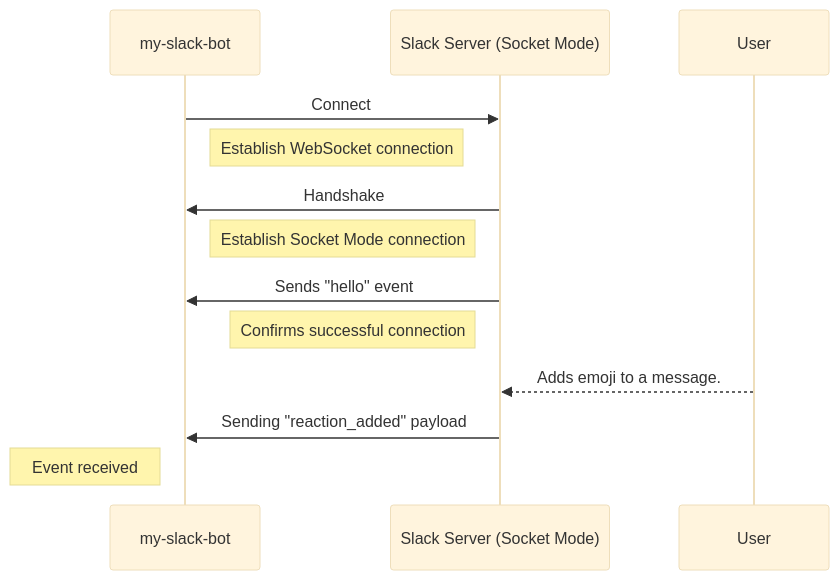
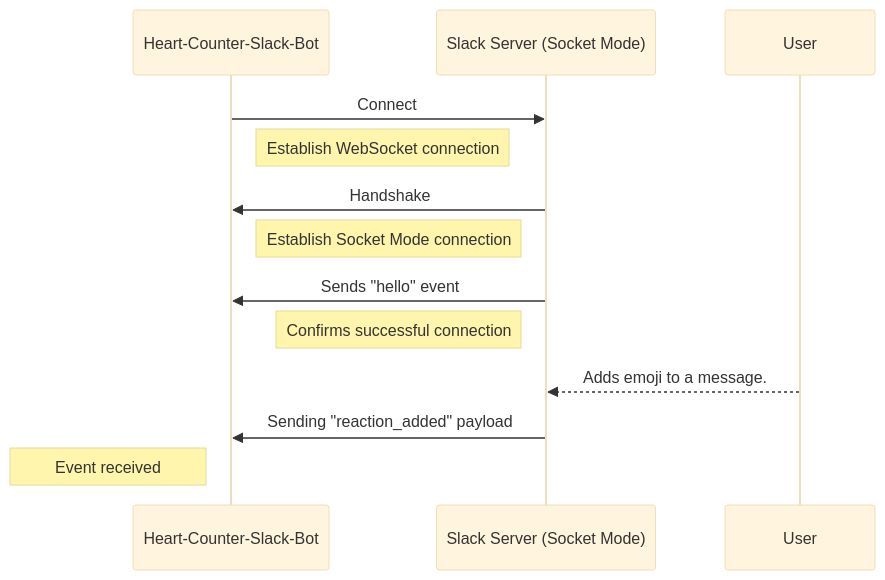
The first of 2 diagrams in pages/docs/tutorials/getting-started/slackbot-websocket-tutorial.md (asyncapi/website), drawn with Mermaid (base theme) before and after one commit. The commit also changed other lines of this file, not shown here.

Commit message:
Renamed slack-bot name and updated AsyncAPI doc

````diff
--- a/pages/docs/tutorials/getting-started/slackbot-websocket-tutorial.md
+++ b/pages/docs/tutorials/getting-started/slackbot-websocket-tutorial.md
@@ -14,29 +14,29 @@
 ```mermaid
 sequenceDiagram
-participant my-slack-bot
+participant Heart-Counter-Slack-Bot
 participant Slack Server (Socket Mode)
 participant User
 
 
-my-slack-bot->>Slack Server (Socket Mode): Connect
-Note right of my-slack-bot: Establish WebSocket connection
+Heart-Counter-Slack-Bot ->>Slack Server (Socket Mode): Connect
+Note right of Heart-Counter-Slack-Bot: Establish WebSocket connection
 
 
-Slack Server (Socket Mode)->> my-slack-bot : Handshake
+Slack Server (Socket Mode)->> Heart-Counter-Slack-Bot : Handshake
 Note left of Slack Server (Socket Mode): Establish Socket Mode connection
 
-Slack Server (Socket Mode)->> my-slack-bot : Sends "hello" event
+Slack Server (Socket Mode)->> Heart-Counter-Slack-Bot : Sends "hello" event
 Note left of Slack Server (Socket Mode): Confirms successful connection
 
 
 
 
 
 User-->>Slack Server (Socket Mode): Adds emoji to a message.
 
 
-Slack Server (Socket Mode)->>my-slack-bot: Sending "reaction_added" payload
+Slack Server (Socket Mode)->>Heart-Counter-Slack-Bot: Sending "reaction_added" payload
 
 
-Note left of my-slack-bot: Event received
+Note left of Heart-Counter-Slack-Bot: Event received
 ``` 
````
